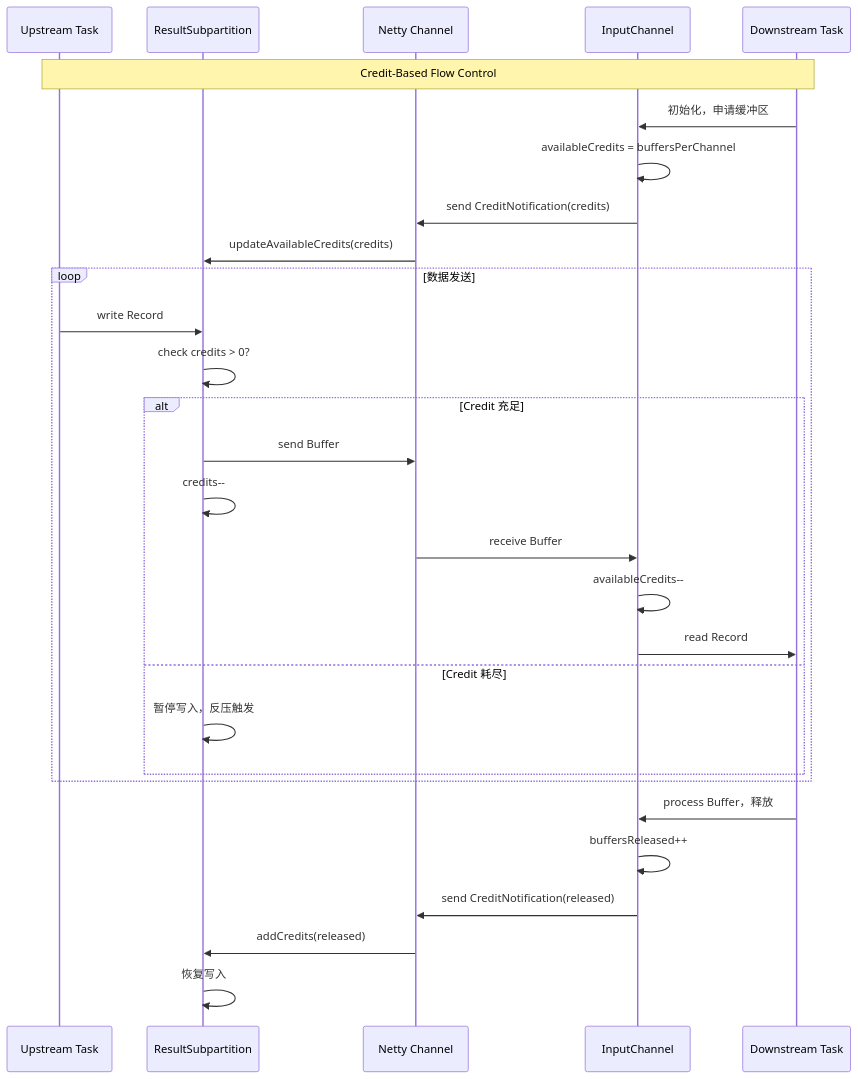
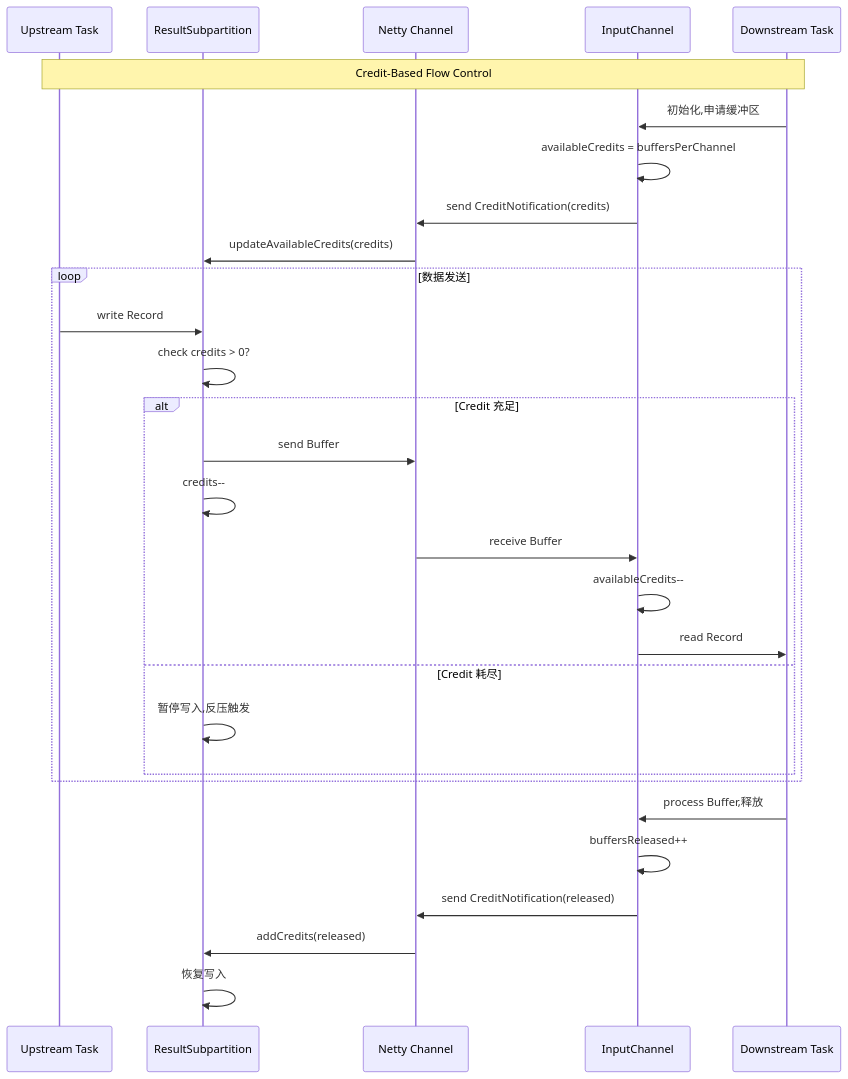
One commit to AdaMartin18010/AnalysisDataFlow changed the third of 5 diagrams in Knowledge/Flink-Scala-Rust-Comprehensive/02-flink-system/02.02-flink-runtime-deep-dive.md. Above: the diagram before and after it, drawn with Mermaid. The commit also changed other lines of this file and 634 other files, not shown here.

````diff
--- a/Knowledge/Flink-Scala-Rust-Comprehensive/02-flink-system/02.02-flink-runtime-deep-dive.md
+++ b/Knowledge/Flink-Scala-Rust-Comprehensive/02-flink-system/02.02-flink-runtime-deep-dive.md
@@ -762,39 +762,39 @@
 ```mermaid
 sequenceDiagram
     participant SRC as Upstream Task
     participant RSP as ResultSubpartition
     participant NET as Netty Channel
     participant IC as InputChannel
     participant DST as Downstream Task
 
     Note over SRC,DST: Credit-Based Flow Control
 
     %% 初始 Credit 授予
-    DST->>IC: 初始化，申请缓冲区
+    DST->>IC: 初始化,申请缓冲区
     IC->>IC: availableCredits = buffersPerChannel
     IC->>NET: send CreditNotification(credits)
     NET->>RSP: updateAvailableCredits(credits)
 
     %% 数据传输
     loop 数据发送
         SRC->>RSP: write Record
         RSP->>RSP: check credits > 0?
 
         alt Credit 充足
             RSP->>NET: send Buffer
             RSP->>RSP: credits--
             NET->>IC: receive Buffer
             IC->>IC: availableCredits--
             IC->>DST: read Record
         else Credit 耗尽
-            RSP->>RSP: 暂停写入，反压触发
+            RSP->>RSP: 暂停写入,反压触发
         end
     end
 
     %% Credit 回收
-    DST->>IC: process Buffer，释放
+    DST->>IC: process Buffer,释放
     IC->>IC: buffersReleased++
     IC->>NET: send CreditNotification(released)
     NET->>RSP: addCredits(released)
     RSP->>RSP: 恢复写入
 ```
````
